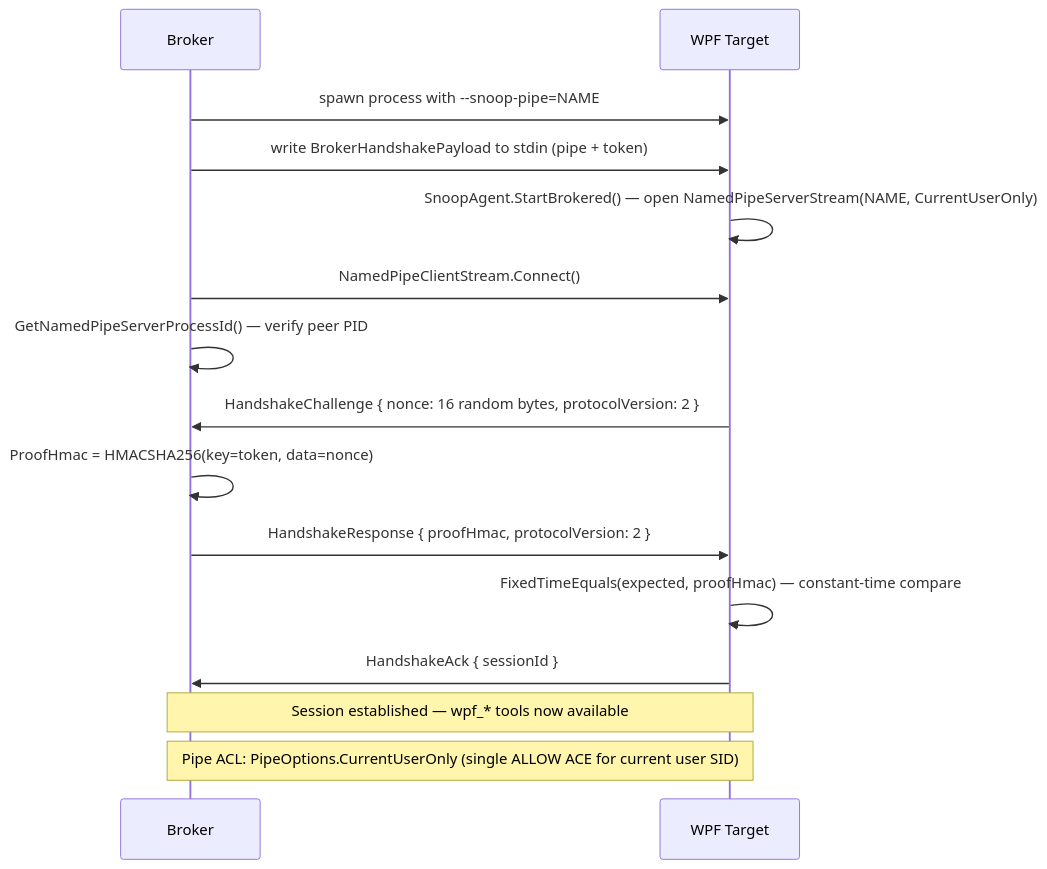
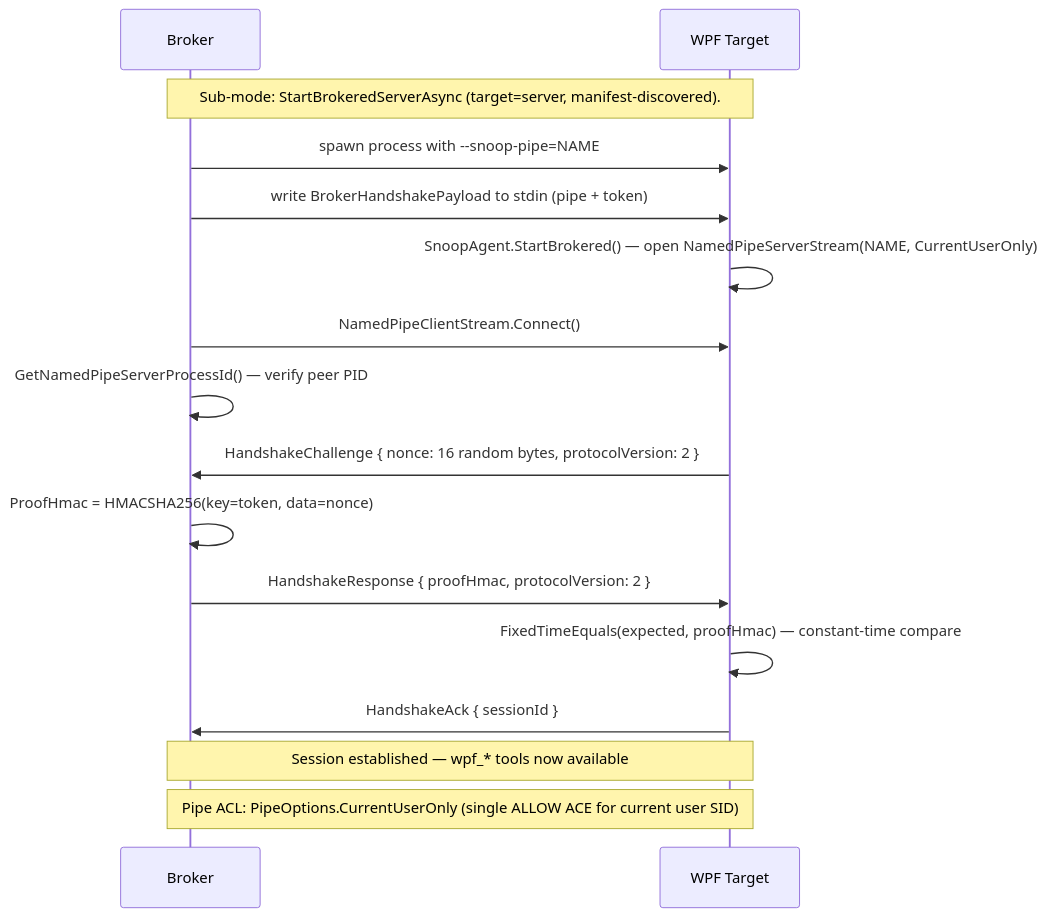
The diagram in README.md (InitialForce/snoopwpf), drawn with Mermaid before and after one commit. The commit also changed other lines of this file and 1 other file, not shown here.

First line of the commit message:
docs(readme): Round-2 refinements — tool count 29→33, hero SVG extraction, brokered sub-modes, catalog completeness

````diff
--- a/README.md
+++ b/README.md
@@ -319,18 +272,19 @@
 ```mermaid
 sequenceDiagram
     participant B as Broker
     participant T as WPF Target
 
+    Note over T,B: Sub-mode: StartBrokeredServerAsync (target=server, manifest-discovered).
     B->>T: spawn process with --snoop-pipe=NAME
     B->>T: write BrokerHandshakePayload to stdin (pipe + token)
     T->>T: SnoopAgent.StartBrokered() — open NamedPipeServerStream(NAME, CurrentUserOnly)
     B->>T: NamedPipeClientStream.Connect()
     B->>B: GetNamedPipeServerProcessId() — verify peer PID
     T->>B: HandshakeChallenge { nonce: 16 random bytes, protocolVersion: 2 }
     B->>B: ProofHmac = HMACSHA256(key=token, data=nonce)
     B->>T: HandshakeResponse { proofHmac, protocolVersion: 2 }
     T->>T: FixedTimeEquals(expected, proofHmac) — constant-time compare
     T->>B: HandshakeAck { sessionId }
     Note over B,T: Session established — wpf_* tools now available
     Note over B,T: Pipe ACL: PipeOptions.CurrentUserOnly (single ALLOW ACE for current user SID)
 ```
````
